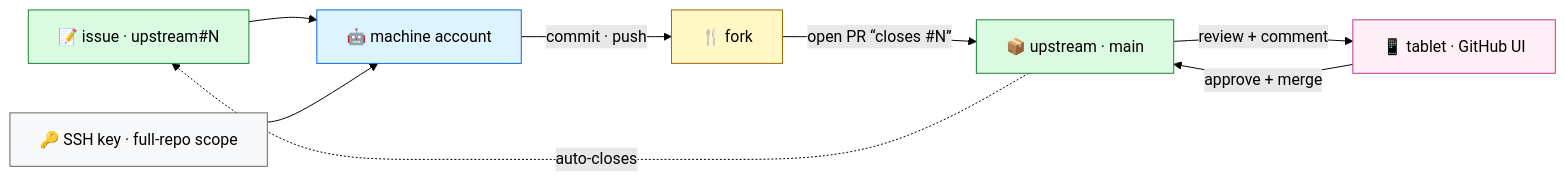
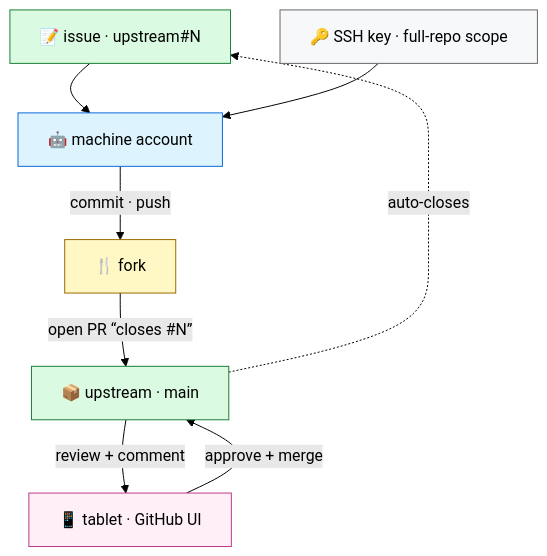
The diagram in README.md (kapetim/kapetim), drawn with Mermaid (forest theme) before and after one commit. The commit also changed other lines of this file, not shown here.

Commit message:
docs: drop the forks table; vertical code-flow diagram; link the main account generically

````diff
--- a/README.md
+++ b/README.md
@@ -23,23 +24,23 @@
 ```mermaid
-flowchart LR
+flowchart TB
   issue["📝 issue · upstream#N"]:::canon
   key["🔑 SSH key · full-repo scope"]:::infra
   mach["🤖 machine account"]:::machine
   fork["🍴 fork"]:::fork
   canon["📦 upstream · main"]:::canon
   ui["📱 tablet · GitHub UI"]:::human
 
   issue --> mach
   key --> mach
   mach -->|commit · push| fork
   fork -->|open PR “closes #N”| canon
   canon -->|review + comment| ui
   ui -->|approve + merge| canon
   canon -.->|auto-closes| issue
 
   classDef infra fill:#f6f8fa,stroke:#666;
   classDef machine fill:#ddf4ff,stroke:#0969da;
   classDef fork fill:#fff8c5,stroke:#9a6700;
   classDef canon fill:#dafbe1,stroke:#1a7f37;
   classDef human fill:#ffeff7,stroke:#bf3989;
 ```
````
